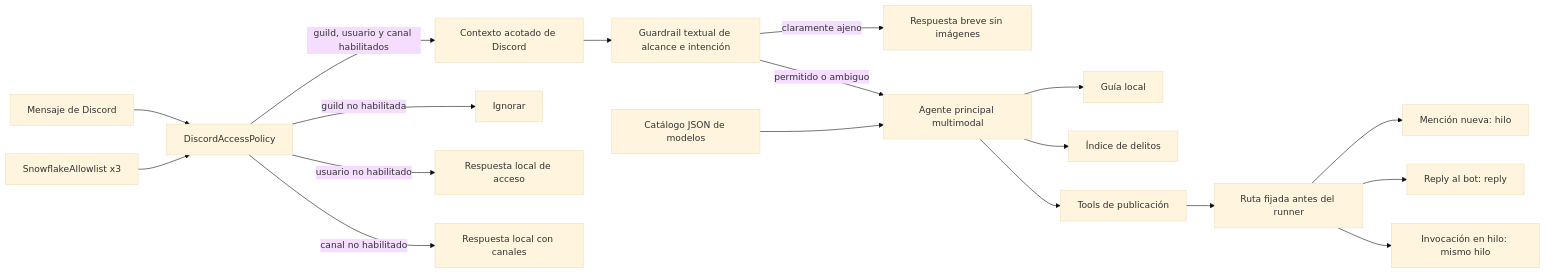
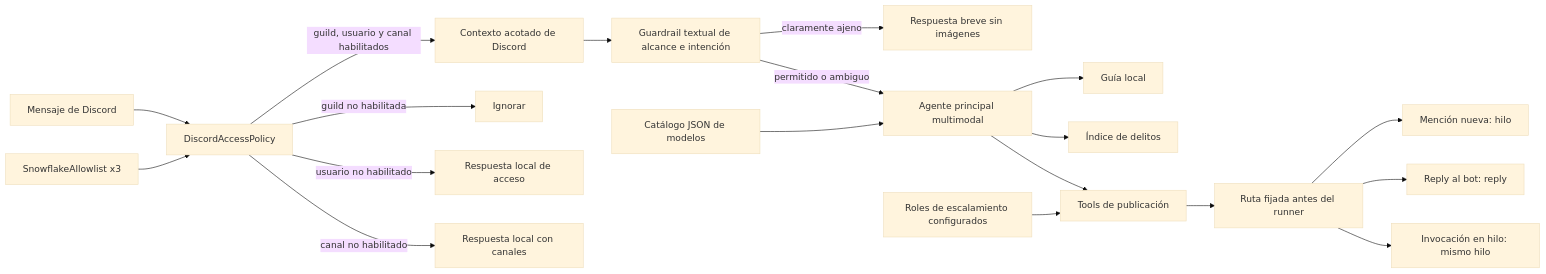
One commit to SouthViking/arrest-report-agent changed the diagram in docs/ARCHITECTURE.md. Above: the diagram before and after it, drawn with Mermaid (base theme). The commit also changed other lines of this file and 3 other files, not shown here.

````diff
--- a/docs/ARCHITECTURE.md
+++ b/docs/ARCHITECTURE.md
@@ -5,20 +5,21 @@
 ```mermaid
 flowchart LR
     M["Mensaje de Discord"] --> T["DiscordAccessPolicy"]
     A["SnowflakeAllowlist x3"] --> T
     T -->|"guild, usuario y canal habilitados"| C["Contexto acotado de Discord"]
     T -->|"guild no habilitada"| I["Ignorar"]
     T -->|"usuario no habilitado"| U["Respuesta local de acceso"]
     T -->|"canal no habilitado"| W["Respuesta local con canales"]
     C --> S["Guardrail textual de alcance e intención"]
     S -->|"claramente ajeno"| O["Respuesta breve sin imágenes"]
     S -->|"permitido o ambiguo"| R["Agente principal multimodal"]
     J["Catálogo JSON de modelos"] --> R
     R --> G["Guía local"]
     R --> D["Índice de delitos"]
     R --> P["Tools de publicación"]
+    E["Roles de escalamiento configurados"] --> P
     P --> X["Ruta fijada antes del runner"]
     X --> H["Mención nueva: hilo"]
     X --> N["Reply al bot: reply"]
     X --> F["Invocación en hilo: mismo hilo"]
 ```
````
